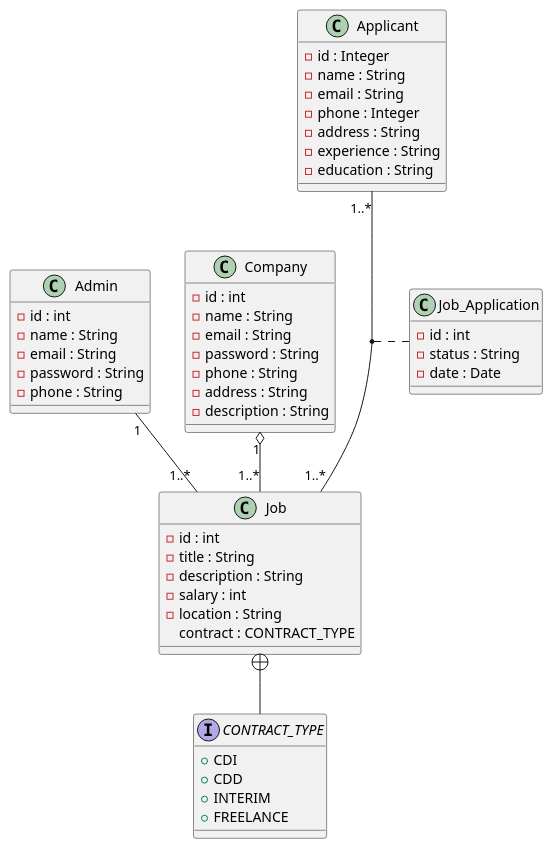
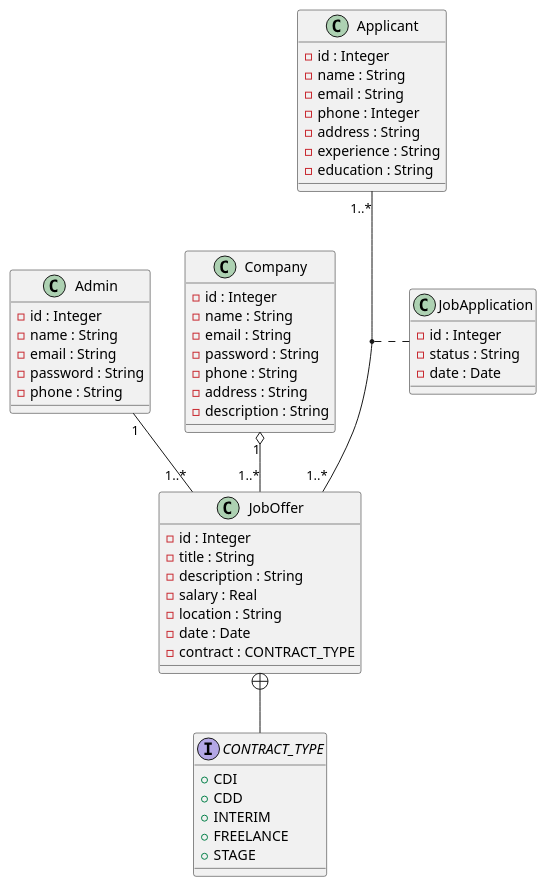
The diagram in src/main/java/com/project/MyRh/UML/MyRh.puml (mrImad007/MyRh), drawn with PlantUML before and after one commit. The commit also changed 16 other files, not shown here.

Commit message:
Entities : Created according to Class diagram && PlantUml : Class diagram : Job -> JobOffer

```diff
--- a/src/main/java/com/project/MyRh/UML/MyRh.puml
+++ b/src/main/java/com/project/MyRh/UML/MyRh.puml
@@ -1,59 +1,61 @@
 @startuml
 class Admin {
-    -id : int
+    -id : Integer
     -name : String
     -email : String
     -password : String
     -phone : String
     }
 
 class Applicant {
     -id : Integer
     -name : String
     -email : String
     -phone : Integer
     -address : String
     -experience : String
     -education : String
     }
 
-class Job {
-    -id : int
+class JobOffer {
+    -id : Integer
     -title : String
     -description : String
-    -salary : int
+    -salary : Real
     -location : String
-    contract : CONTRACT_TYPE
+    -date : Date
+    -contract : CONTRACT_TYPE
     }
 
 class Company{
-    -id : int
+    -id : Integer
     -name : String
     -email : String
     -password : String
     -phone : String
     -address : String
     -description : String
     }
-class Job_Application{
-    -id : int
+class JobApplication{
+    -id : Integer
     -status : String
     -date : Date
     }
 
 interface CONTRACT_TYPE{
     +CDI
     +CDD
     +INTERIM
     +FREELANCE
+    +STAGE
     }
 
 
 
-Company  "1" o-- "1..*" Job
-Admin  "1" -- "1..*" Job
-Job +-- CONTRACT_TYPE
-Applicant "1..*" -- "1..*" Job
-(Job, Applicant) .. Job_Application
+Company  "1" o-- "1..*" JobOffer
+Admin  "1" -- "1..*" JobOffer
+JobOffer +-- CONTRACT_TYPE
+Applicant "1..*" -- "1..*" JobOffer
+(JobOffer, Applicant) .. JobApplication
 
 @enduml
```
